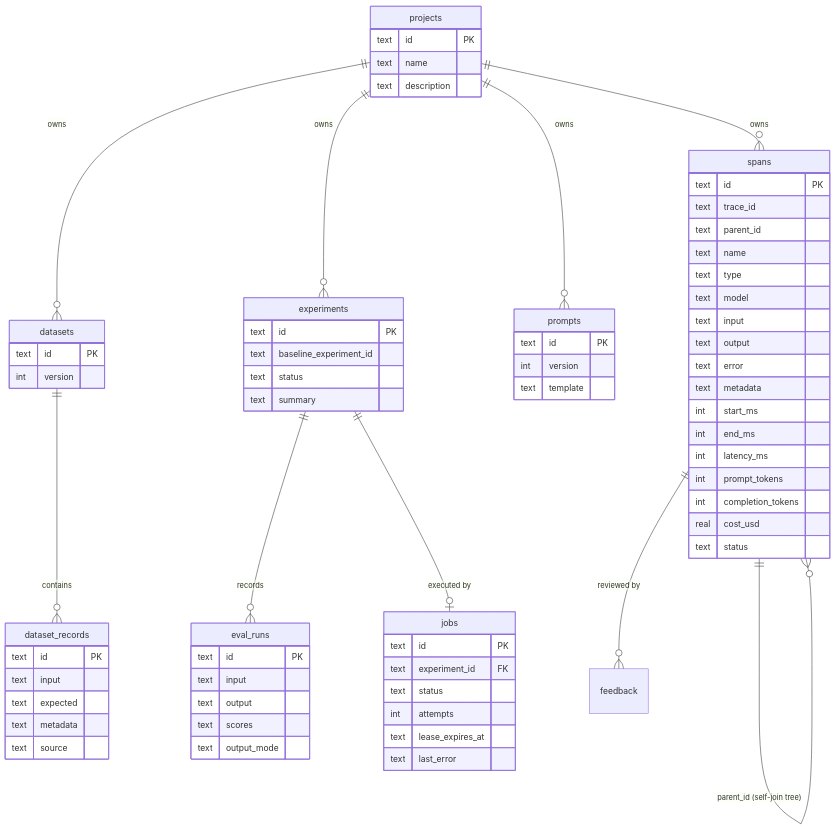
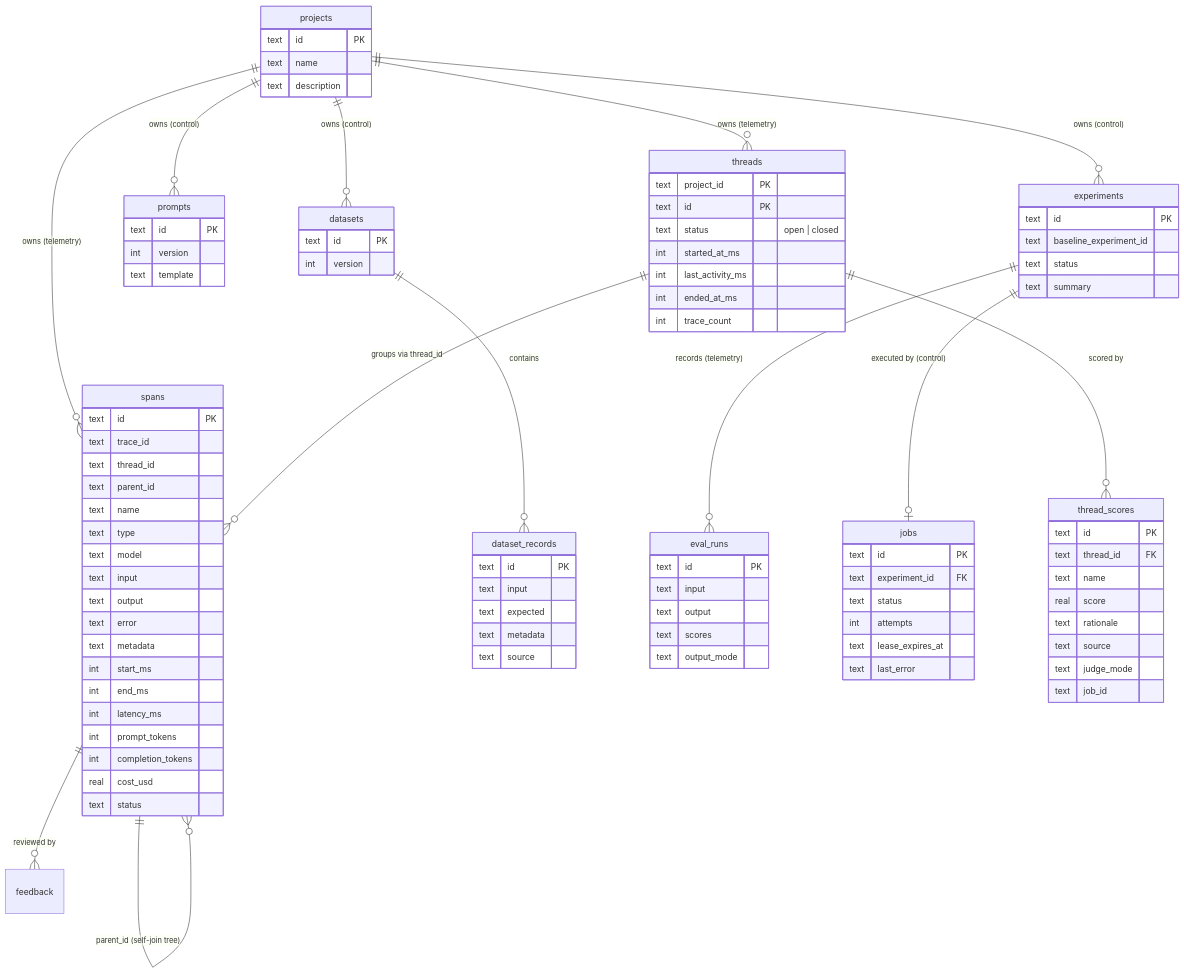
The fourth of 4 diagrams in ai-eval-platform/docs/ARCHITECTURE.md (archief2910/EvalForger), drawn with Mermaid before and after one commit. The commit also changed other lines of this file and 41 other files, not shown here.

Commit message:
feat: add conversations and split control/telemetry storage

````diff
--- a/ai-eval-platform/docs/ARCHITECTURE.md
+++ b/ai-eval-platform/docs/ARCHITECTURE.md
@@ -148,58 +155,77 @@
 ```mermaid
 erDiagram
-  projects ||--o{ spans : "owns"
-  projects ||--o{ datasets : "owns"
-  projects ||--o{ prompts : "owns"
-  projects ||--o{ experiments : "owns"
+  projects ||--o{ spans : "owns (telemetry)"
+  projects ||--o{ datasets : "owns (control)"
+  projects ||--o{ prompts : "owns (control)"
+  projects ||--o{ experiments : "owns (control)"
+  projects ||--o{ threads : "owns (telemetry)"
   datasets ||--o{ dataset_records : "contains"
-  experiments ||--o{ eval_runs : "records"
-  experiments ||--o| jobs : "executed by"
+  experiments ||--o{ eval_runs : "records (telemetry)"
+  experiments ||--o| jobs : "executed by (control)"
   spans ||--o{ feedback : "reviewed by"
   spans ||--o{ spans : "parent_id (self-join tree)"
+  threads ||--o{ spans : "groups via thread_id"
+  threads ||--o{ thread_scores : "scored by"
 
   projects { text id PK
              text name
              text description }
   spans { text id PK
           text trace_id
+          text thread_id
           text parent_id
           text name
           text type
           text model
           text input
           text output
           text error
           text metadata
           int start_ms
           int end_ms
           int latency_ms
           int prompt_tokens
           int completion_tokens
           real cost_usd
           text status }
+  threads { text project_id PK
+            text id PK
+            text status "open | closed"
+            int started_at_ms
+            int last_activity_ms
+            int ended_at_ms
+            int trace_count }
+  thread_scores { text id PK
+                  text thread_id FK
+                  text name
+                  real score
+                  text rationale
+                  text source
+                  text judge_mode
+                  text job_id }
   datasets { text id PK
              int version }
   dataset_records { text id PK
                     text input
                     text expected
                     text metadata
                     text source }
   experiments { text id PK
                 text baseline_experiment_id
                 text status
                 text summary }
   eval_runs { text id PK
               text input
               text output
               text scores
               text output_mode }
   prompts { text id PK
             int version
             text template }
   jobs { text id PK
          text experiment_id FK
          text status
          int attempts
          text lease_expires_at
          text last_error }
 ```
````
